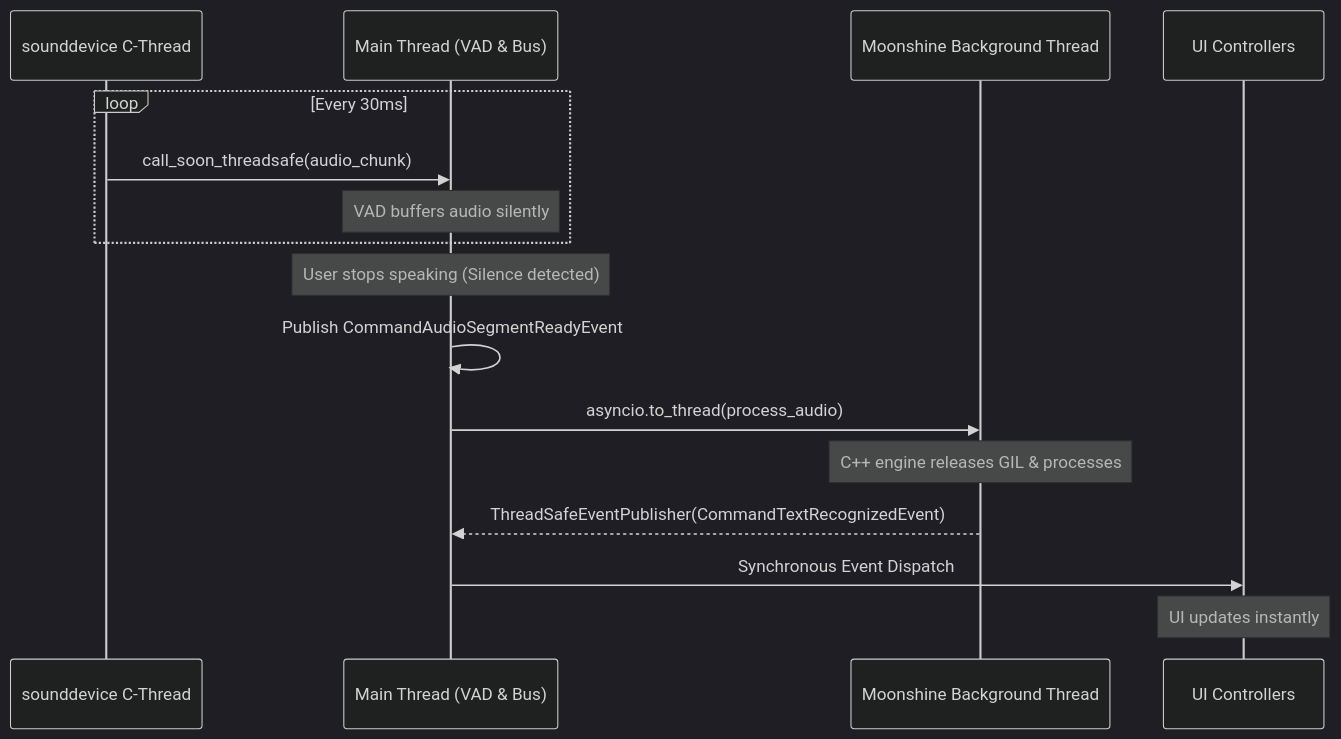
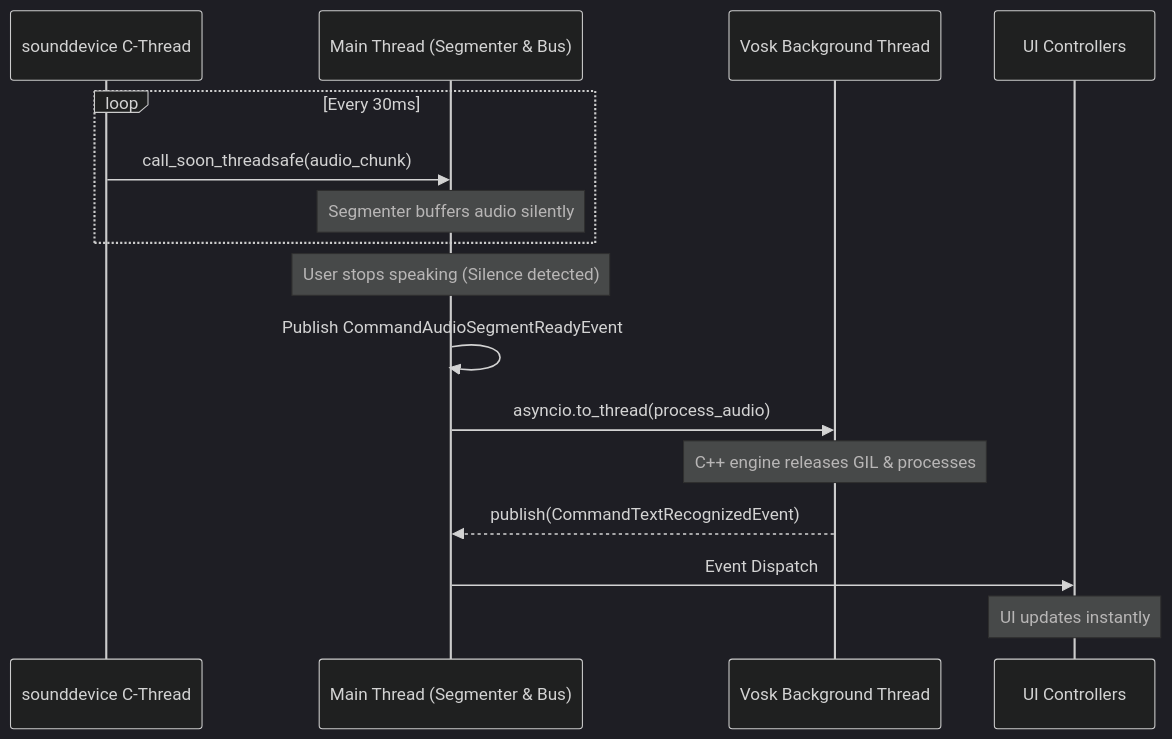
One commit to rick12000/vocalance changed the first of 3 diagrams in docs/developer/concurrency_architecture.rst. Above: the diagram before and after it, drawn with Mermaid (dark theme). The commit also changed other lines of this file and 7 other files, not shown here.

```diff
--- a/docs/developer/concurrency_architecture.rst
+++ b/docs/developer/concurrency_architecture.rst
@@ -69,19 +70,19 @@
 .. mermaid::
 
    sequenceDiagram
        participant Mic as sounddevice C-Thread
-       participant Main as Main Thread (VAD & Bus)
-       participant STT as Moonshine Background Thread
+       participant Main as Main Thread (Segmenter & Bus)
+       participant STT as Vosk Background Thread
        participant UI as UI Controllers
 
        loop Every 30ms
            Mic->>Main: call_soon_threadsafe(audio_chunk)
-           Note over Main: VAD buffers audio silently
+           Note over Main: Segmenter buffers audio silently
        end
        Note over Main: User stops speaking (Silence detected)
        Main->>Main: Publish CommandAudioSegmentReadyEvent
        Main->>STT: asyncio.to_thread(process_audio)
        Note over STT: C++ engine releases GIL & processes
-       STT-->>Main: ThreadSafeEventPublisher(CommandTextRecognizedEvent)
-       Main->>UI: Synchronous Event Dispatch
+       STT-->>Main: publish(CommandTextRecognizedEvent)
+       Main->>UI: Event Dispatch
        Note over UI: UI updates instantly
```
